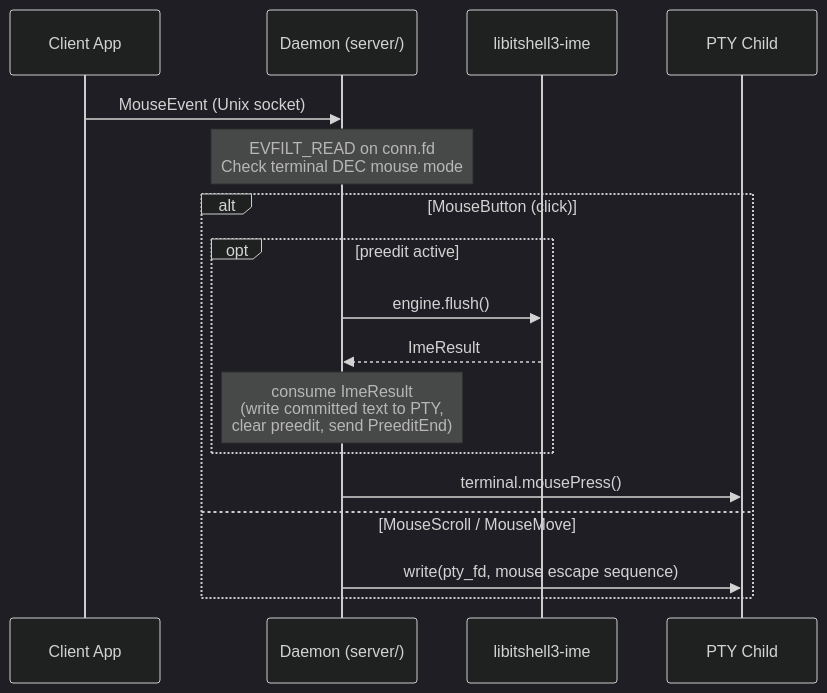
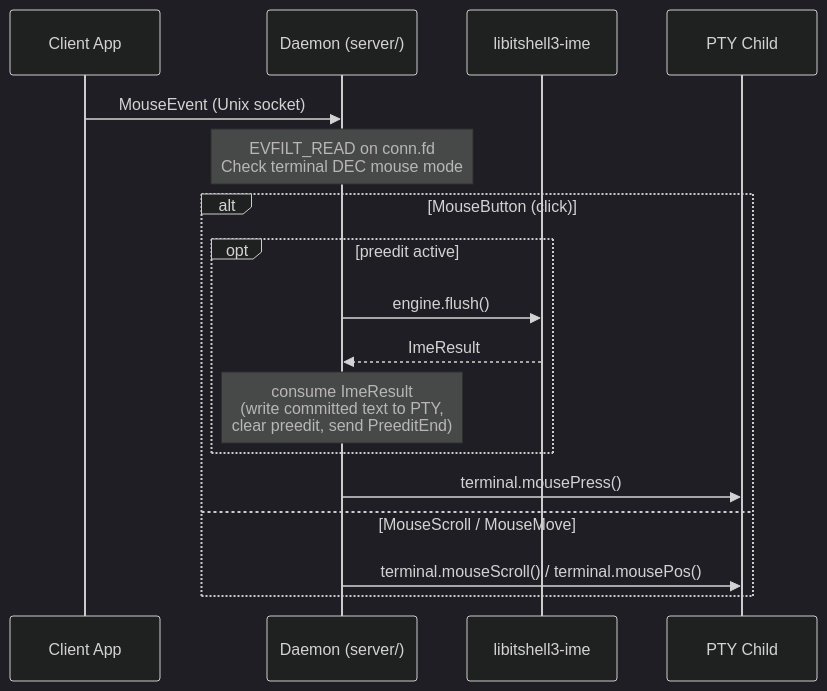
The third of 3 diagrams in docs/modules/libitshell3/02-design-docs/daemon/draft/v1.0-r6/02-integration-boundaries.md (powdream-org/it-shell3), drawn with Mermaid (dark theme) before and after one commit. The commit also changed other lines of this file and 4 other files, not shown here.

````diff
--- a/docs/modules/libitshell3/02-design-docs/daemon/draft/v1.0-r6/02-integration-boundaries.md
+++ b/docs/modules/libitshell3/02-design-docs/daemon/draft/v1.0-r6/02-integration-boundaries.md
@@ -690,21 +690,21 @@
 ```mermaid
 sequenceDiagram
     participant C as Client App
     participant S as Daemon (server/)
     participant E as libitshell3-ime
     participant P as PTY Child
 
     C->>S: MouseEvent (Unix socket)
     Note over S: EVFILT_READ on conn.fd<br/>Check terminal DEC mouse mode
 
     alt MouseButton (click)
         opt preedit active
             S->>E: engine.flush()
             E-->>S: ImeResult
             Note over S: consume ImeResult<br/>(write committed text to PTY,<br/>clear preedit, send PreeditEnd)
         end
         S->>P: terminal.mousePress()
     else MouseScroll / MouseMove
-        S->>P: write(pty_fd, mouse escape sequence)
+        S->>P: terminal.mouseScroll() / terminal.mousePos()
     end
 ```
````
